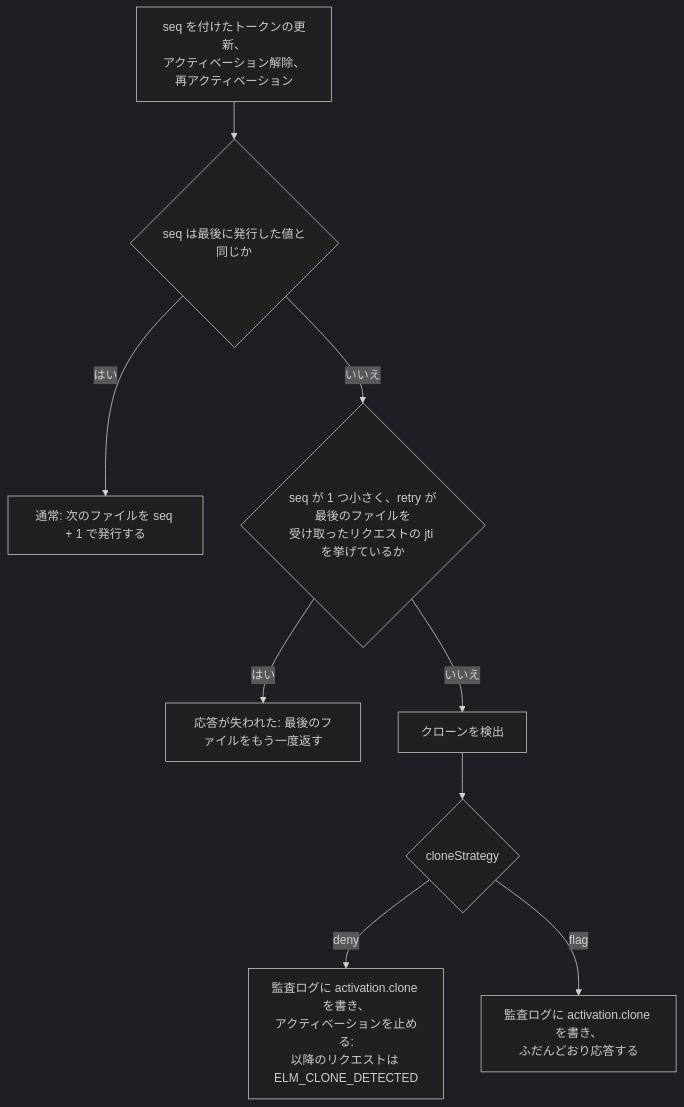
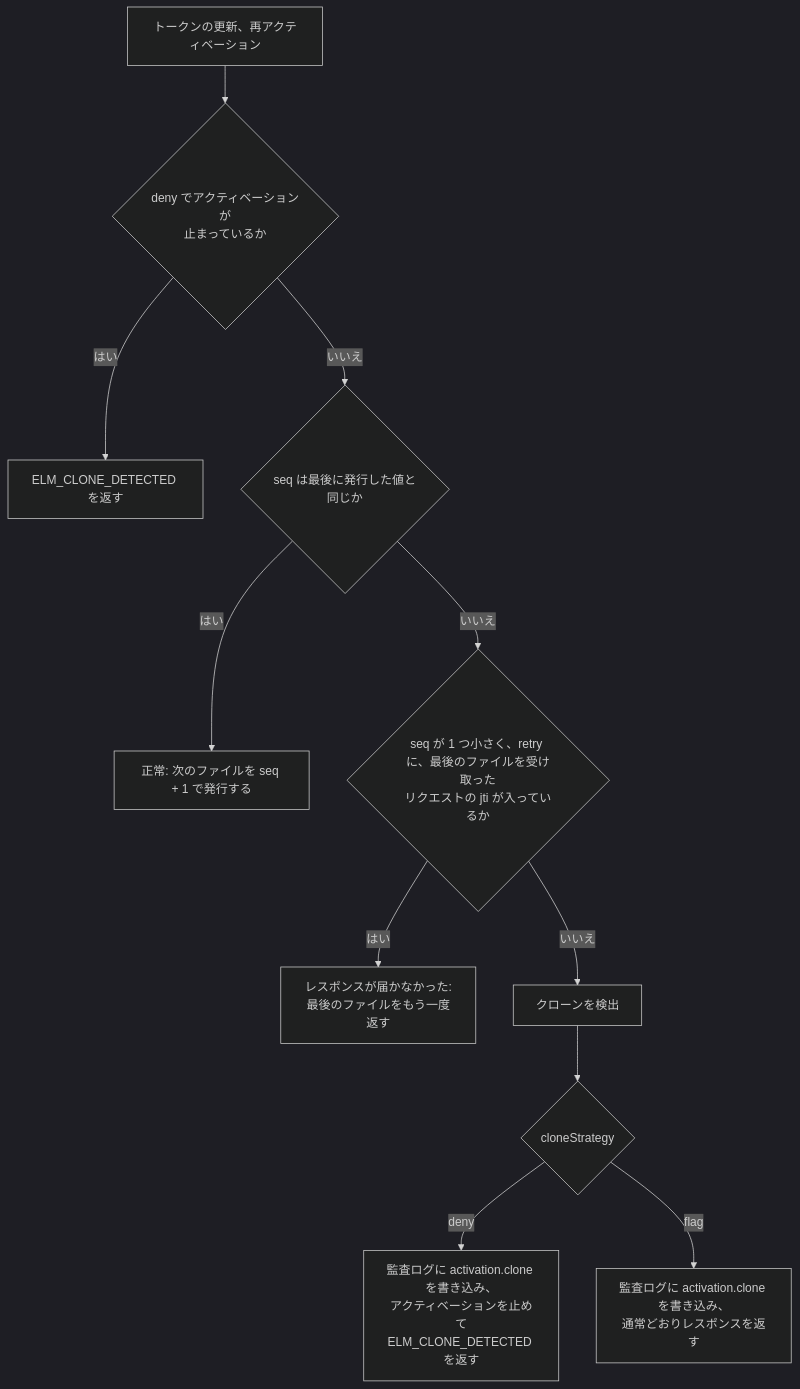
The fourth of 4 diagrams in docs/guide.ja/explanation/activation.md (YUKIKEDA/ElasticLM), drawn with Mermaid (dark theme) before and after one commit. The commit also changed other lines of this file and 4 other files, not shown here.

Commit message:
docs(guide): apply the reviews of the two diagrams

````diff
--- a/docs/guide.ja/explanation/activation.md
+++ b/docs/guide.ja/explanation/activation.md
@@ -212,11 +212,13 @@
 ```mermaid
 flowchart TD
-    R[seq を付けたトークンの更新、<br/>アクティベーション解除、再アクティベーション] --> E{seq は最後に発行した値と同じか}
-    E -- はい --> OK[通常: 次のファイルを seq + 1 で発行する]
-    E -- いいえ --> O{seq が 1 つ小さく、retry が最後のファイルを<br/>受け取ったリクエストの jti を挙げているか}
-    O -- はい --> RT[応答が失われた: 最後のファイルをもう一度返す]
+    R[トークンの更新、再アクティベーション] --> B{deny でアクティベーションが<br/>止まっているか}
+    B -- はい --> BL[ELM_CLONE_DETECTED を返す]
+    B -- いいえ --> E{seq は最後に発行した値と同じか}
+    E -- はい --> OK[正常: 次のファイルを seq + 1 で発行する]
+    E -- いいえ --> O{seq が 1 つ小さく、retry に、最後のファイルを受け取った<br/>リクエストの jti が入っているか}
+    O -- はい --> RT[レスポンスが届かなかった:<br/>最後のファイルをもう一度返す]
     O -- いいえ --> CL[クローンを検出]
     CL --> P{cloneStrategy}
-    P -- deny --> D[監査ログに activation.clone を書き、<br/>アクティベーションを止める:<br/>以降のリクエストは ELM_CLONE_DETECTED]
-    P -- flag --> F[監査ログに activation.clone を書き、<br/>ふだんどおり応答する]
+    P -- deny --> D[監査ログに activation.clone を書き込み、<br/>アクティベーションを止めて<br/>ELM_CLONE_DETECTED を返す]
+    P -- flag --> F[監査ログに activation.clone を書き込み、<br/>通常どおりレスポンスを返す]
 ```
````
